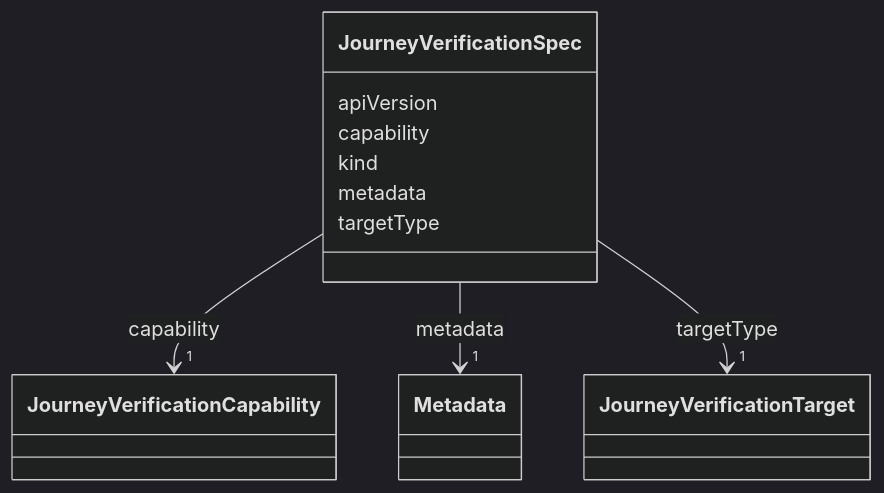
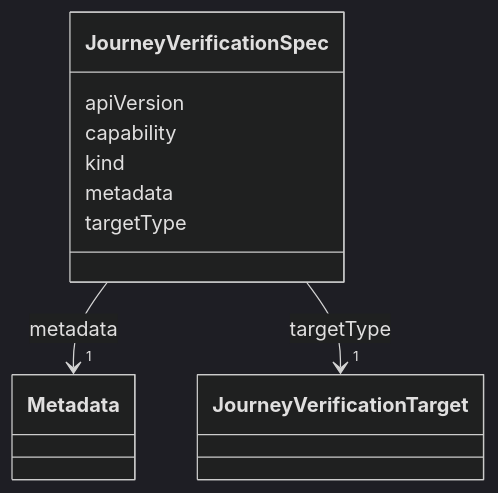
Before and after one commit to open4good/jumo-core: the diagram in metamodel/generated/docs/JourneyVerificationSpec.md, drawn with Mermaid (dark theme). The commit also changed other lines of this file and 21 other files, not shown here.

````diff
--- a/metamodel/generated/docs/JourneyVerificationSpec.md
+++ b/metamodel/generated/docs/JourneyVerificationSpec.md
@@ -23,43 +23,34 @@
 ```mermaid
  classDiagram
     class JourneyVerificationSpec
     click JourneyVerificationSpec href "../JourneyVerificationSpec/"
       JourneyVerificationSpec : apiVersion
 
       JourneyVerificationSpec : capability
-
-
-
-
-
-        JourneyVerificationSpec --> "1" JourneyVerificationCapability : capability
-        click JourneyVerificationCapability href "../JourneyVerificationCapability/"
-
-
 
       JourneyVerificationSpec : kind
 
       JourneyVerificationSpec : metadata
 
 
 
 
 
         JourneyVerificationSpec --> "1" Metadata : metadata
         click Metadata href "../Metadata/"
 
 
 
       JourneyVerificationSpec : targetType
 
 
 
 
 
         JourneyVerificationSpec --> "1" JourneyVerificationTarget : targetType
         click JourneyVerificationTarget href "../JourneyVerificationTarget/"
 
 
 
 
 ```
````
